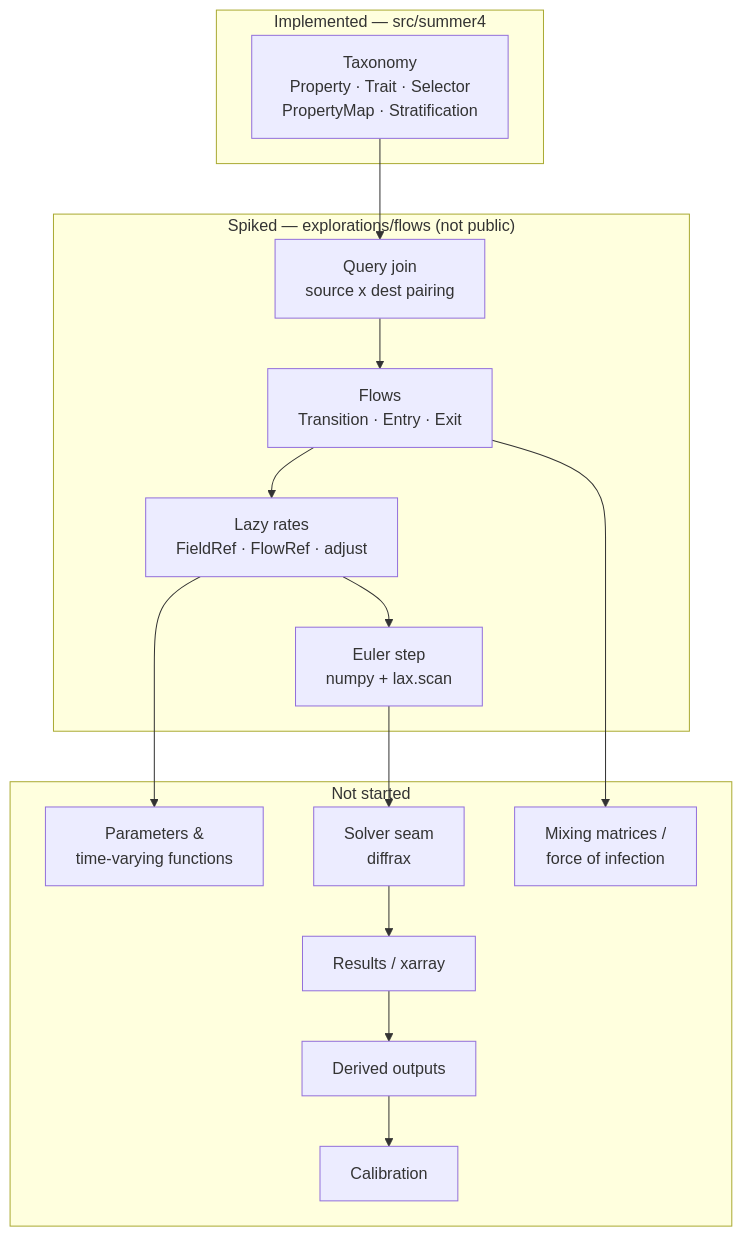
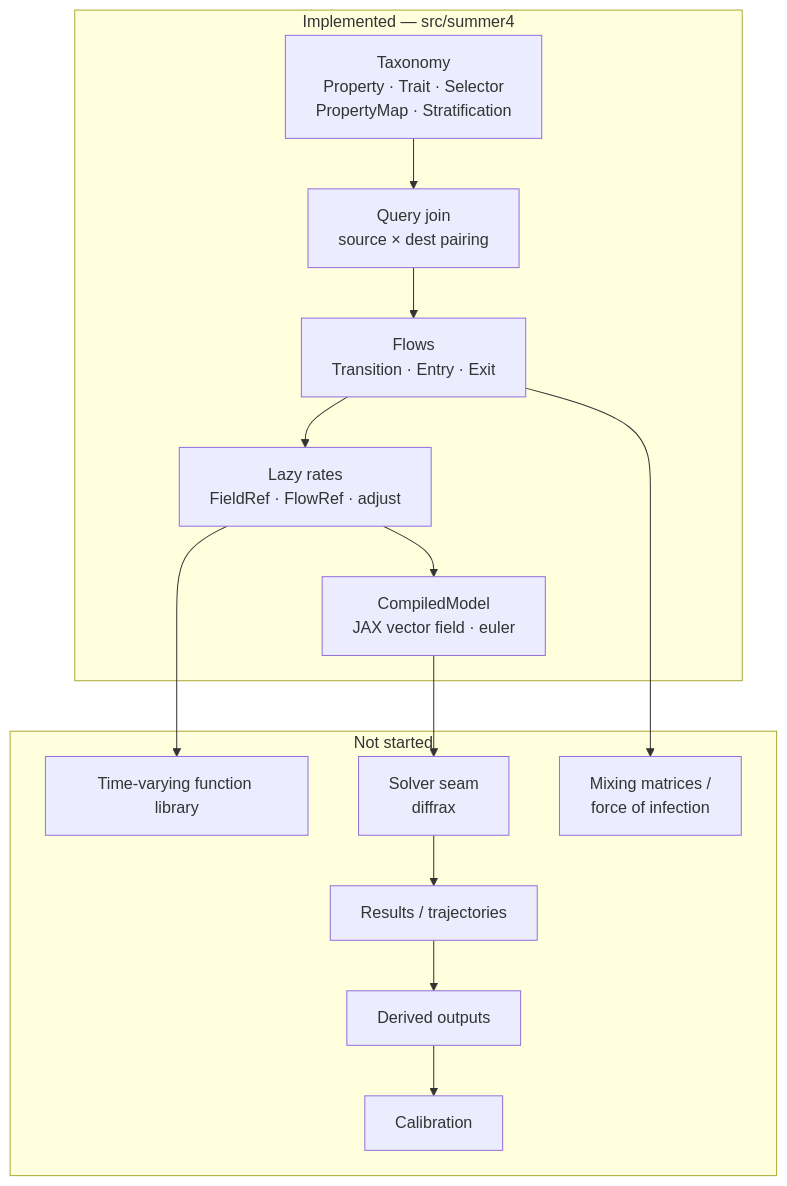
Before and after one commit to monash-emu/summer4: the diagram in docs/dev/architecture.md, drawn with Mermaid. The commit also changed other lines of this file and 63 other files, not shown here.

First line of the commit message:
Promote the flows spike into summer4 with EdgeMap and CompiledModel.

````diff
--- a/docs/dev/architecture.md
+++ b/docs/dev/architecture.md
@@ -8,26 +8,24 @@
 ```{mermaid}
 flowchart TB
     subgraph done ["Implemented — src/summer4"]
         T["Taxonomy<br/>Property · Trait · Selector<br/>PropertyMap · Stratification"]
-    end
-    subgraph spike ["Spiked — explorations/flows (not public)"]
-        J["Query join<br/>source x dest pairing"]
+        J["Query join<br/>source × dest pairing"]
         F["Flows<br/>Transition · Entry · Exit"]
         R["Lazy rates<br/>FieldRef · FlowRef · adjust"]
-        E["Euler step<br/>numpy + lax.scan"]
+        E["CompiledModel<br/>JAX vector field · euler"]
     end
     subgraph todo ["Not started"]
-        P["Parameters &<br/>time-varying functions"]
+        P["Time-varying function library"]
         S["Solver seam<br/>diffrax"]
         D["Derived outputs"]
         X["Mixing matrices /<br/>force of infection"]
         C["Calibration"]
-        O["Results / xarray"]
+        O["Results / trajectories"]
     end
 
     T --> J --> F --> R --> E
     R --> P
     E --> S --> O
     O --> D --> C
     F --> X
 ```
````
